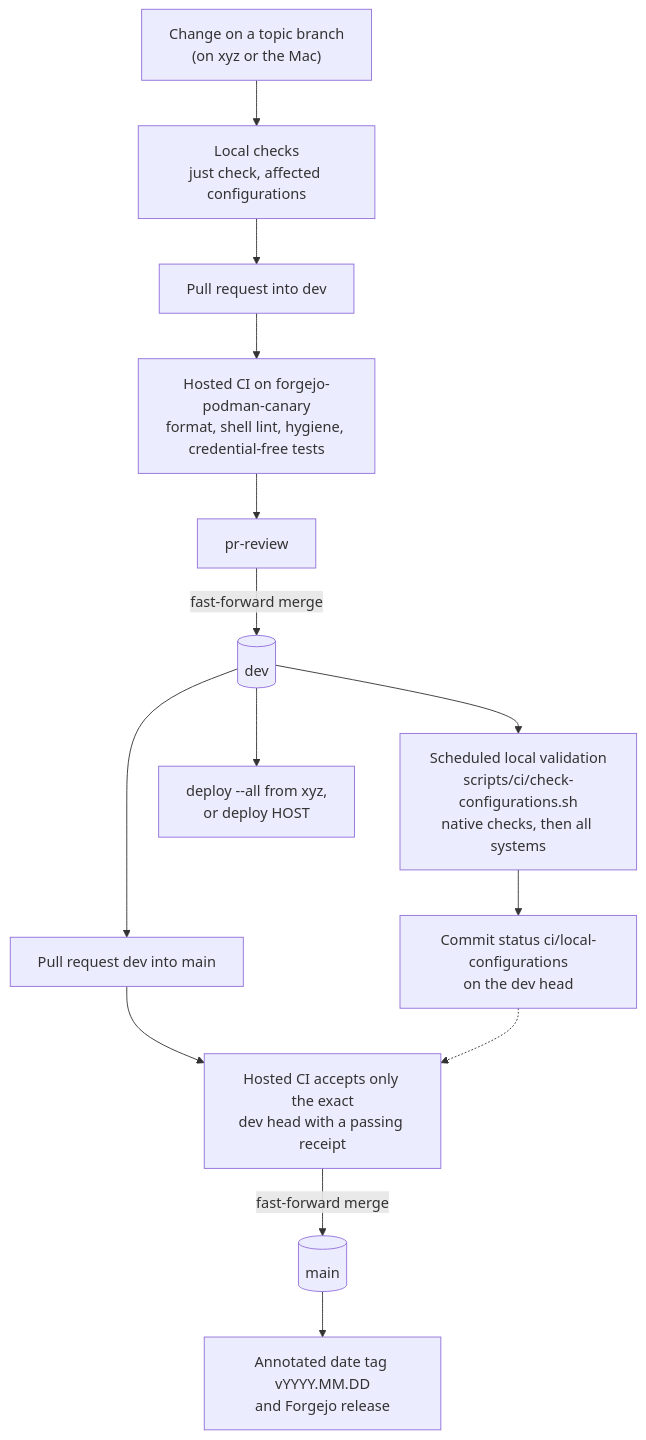
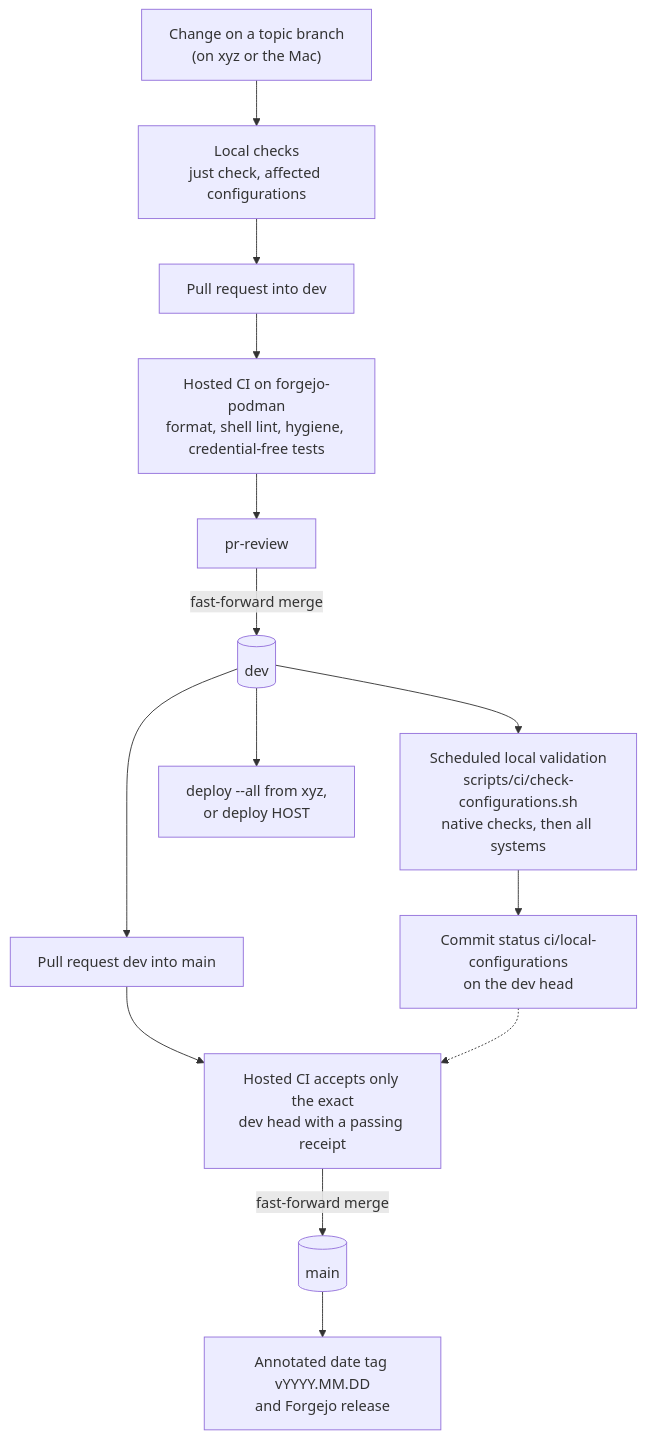
The fourth of 6 diagrams in docs/architecture.md (alcxyz/nix-config), drawn with Mermaid before and after one commit. The commit also changed 16 other files, not shown here.

````diff
--- a/docs/architecture.md
+++ b/docs/architecture.md
@@ -201,24 +201,24 @@
 ```mermaid
 flowchart TD
   edit["Change on a topic branch<br/>(on xyz or the Mac)"]
   local["Local checks<br/>just check, affected configurations"]
   prDev["Pull request into dev"]
-  light["Hosted CI on forgejo-podman-canary<br/>format, shell lint, hygiene, credential-free tests"]
+  light["Hosted CI on forgejo-podman<br/>format, shell lint, hygiene, credential-free tests"]
   review["pr-review"]
   dev[("dev")]
   full["Scheduled local validation<br/>scripts/ci/check-configurations.sh<br/>native checks, then all systems"]
   receipt["Commit status ci/local-configurations<br/>on the dev head"]
   prMain["Pull request dev into main"]
   gate["Hosted CI accepts only the exact<br/>dev head with a passing receipt"]
   main[("main")]
   tag["Annotated date tag vYYYY.MM.DD<br/>and Forgejo release"]
   deploy["deploy --all from xyz,<br/>or deploy HOST"]
 
   edit --> local --> prDev
   prDev --> light --> review -->|"fast-forward merge"| dev
   dev --> full --> receipt
   dev --> prMain --> gate
   receipt -.-> gate
   gate -->|"fast-forward merge"| main --> tag
   dev --> deploy
 ```
````
